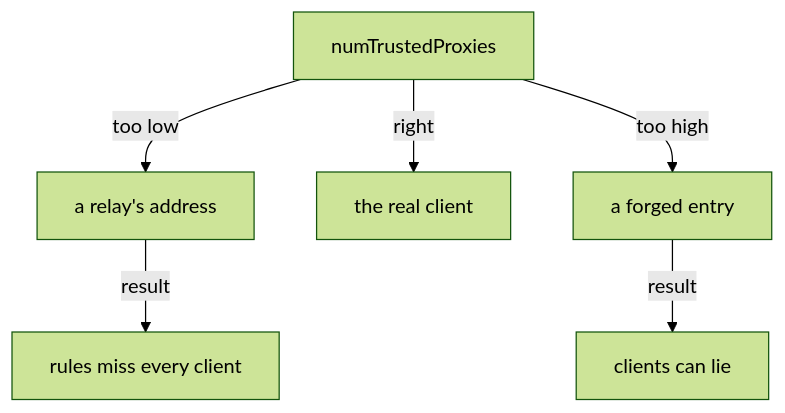
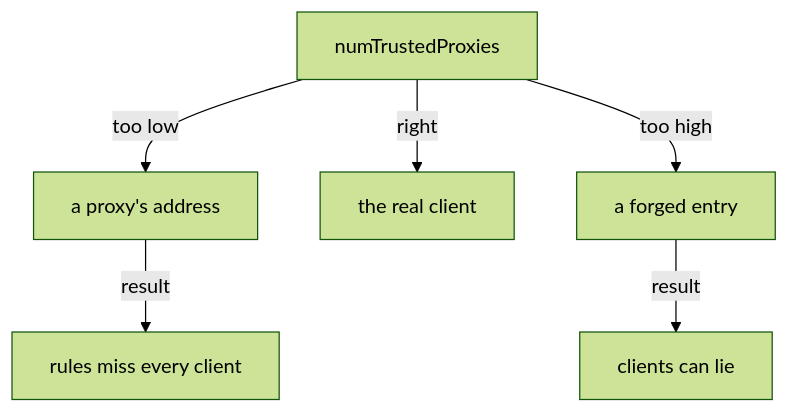
One commit to astrona-io/ATS015 changed the diagram in sections/section-050/module-01/course-03-trust-the-right-number-of-relays.md. Above: the diagram before and after it, drawn with Mermaid (forest theme). The commit also changed other lines of this file and 38 other files, not shown here.

````diff
--- a/sections/section-050/module-01/course-03-trust-the-right-number-of-relays.md
+++ b/sections/section-050/module-01/course-03-trust-the-right-number-of-relays.md
@@ -60,8 +60,8 @@
 ```mermaid
 flowchart TB
-    N["numTrustedProxies"] -->|"too low"| L["a relay's address"]
+    N["numTrustedProxies"] -->|"too low"| L["a proxy's address"]
     N -->|"right"| R["the real client"]
     N -->|"too high"| H["a forged entry"]
     L -->|"result"| L2["rules miss every client"]
     H -->|"result"| H2["clients can lie"]
 ```
````
